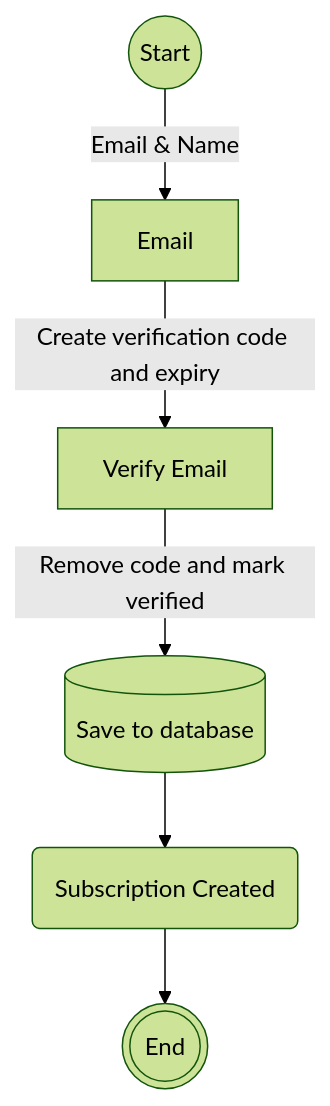
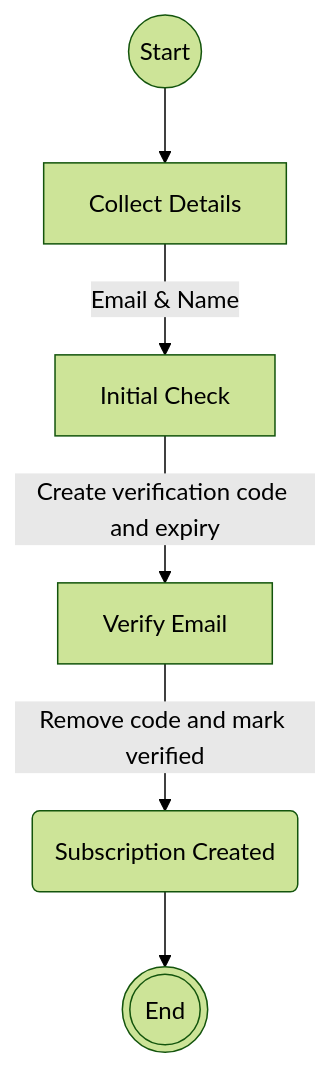
Before and after one commit to Dorset-Council-UK/FloodOnlineReportingTool.Public: the diagram in docs/flows/subscribing_for_notifications.md, drawn with Mermaid (forest theme).

Commit message:
Tweaks to this flow diagram.

````diff
--- a/docs/flows/subscribing_for_notifications.md
+++ b/docs/flows/subscribing_for_notifications.md
@@ -11,8 +11,8 @@
 ```mermaid
 flowchart TB
-    Start((Start)) -- Email & Name --> CollectDetails[Email]
-    CollectDetails -- Create verification code and expiry --> VerifyEmail[Verify Email]
-    VerifyEmail -- Remove code and mark verified --> Save[(Save to database)]
-    Save --> EmailSubscription
+    Start((Start)) --> CollectDetails[Collect Details]
+    CollectDetails -- Email & Name --> CollectDetails2[Initial Check] 
+    CollectDetails2 -- Create verification code and expiry --> VerifyEmail[Verify Email]
+    VerifyEmail -- Remove code and mark verified --> EmailSubscription
     EmailSubscription(Subscription Created) --> Confirmation((( End )))
 ```
````
